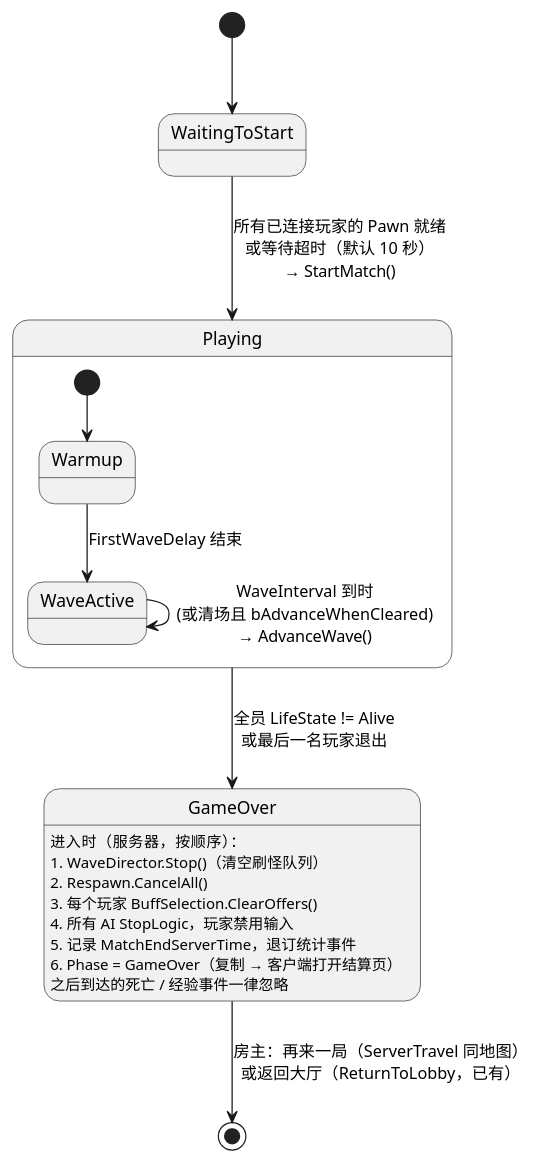
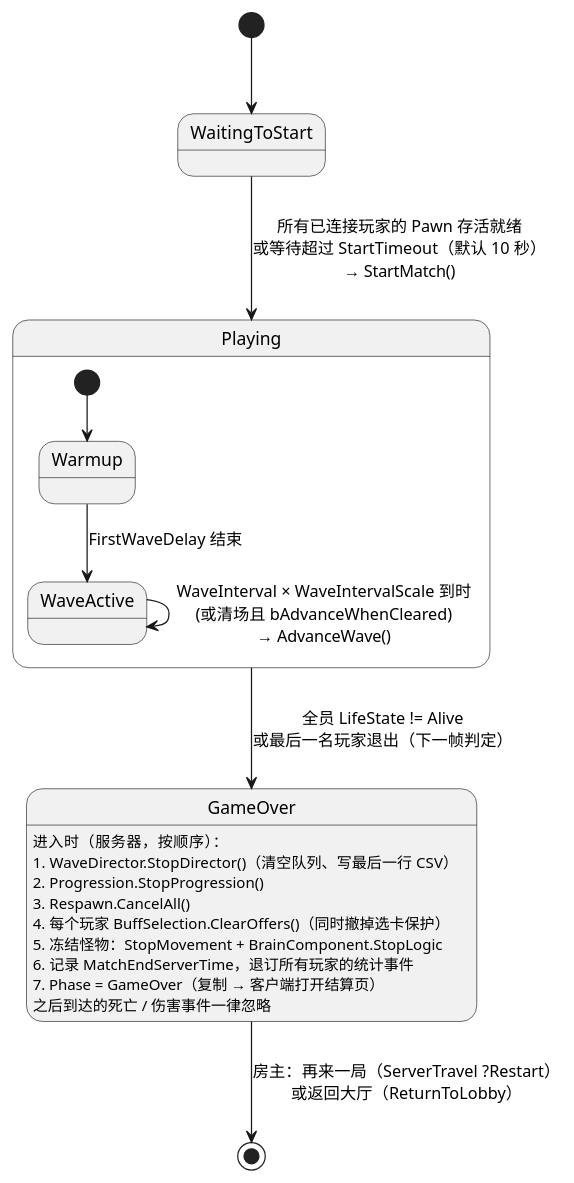
Before and after one commit to peng984251536/GAS_Demo: the fifth of 11 diagrams in Docs/SurvivalMode.zh-CN.md, drawn with PlantUML. The commit also changed other lines of this file and 141 other files, not shown here.

````diff
--- a/Docs/SurvivalMode.zh-CN.md
+++ b/Docs/SurvivalMode.zh-CN.md
@@ -503,28 +536,29 @@
 ```plantuml
 @startuml 对局阶段
 skinparam shadowing false
 skinparam defaultFontName "Microsoft YaHei"
 
 [*] --> WaitingToStart
-WaitingToStart --> Playing : 所有已连接玩家的 Pawn 就绪\n或等待超时（默认 10 秒）\n→ StartMatch()
-Playing --> GameOver : 全员 LifeState != Alive\n或最后一名玩家退出
-GameOver --> [*] : 房主：再来一局（ServerTravel 同地图）\n或返回大厅（ReturnToLobby，已有）
+WaitingToStart --> Playing : 所有已连接玩家的 Pawn 存活就绪\n或等待超过 StartTimeout（默认 10 秒）\n→ StartMatch()
+Playing --> GameOver : 全员 LifeState != Alive\n或最后一名玩家退出（下一帧判定）
+GameOver --> [*] : 房主：再来一局（ServerTravel ?Restart）\n或返回大厅（ReturnToLobby）
 
 state Playing {
   [*] --> Warmup
   Warmup --> WaveActive : FirstWaveDelay 结束
-  WaveActive --> WaveActive : WaveInterval 到时\n(或清场且 bAdvanceWhenCleared)\n→ AdvanceWave()
+  WaveActive --> WaveActive : WaveInterval × WaveIntervalScale 到时\n(或清场且 bAdvanceWhenCleared)\n→ AdvanceWave()
 }
 
 state GameOver {
   GameOver : 进入时（服务器，按顺序）：
-  GameOver : 1. WaveDirector.Stop()（清空刷怪队列）
-  GameOver : 2. Respawn.CancelAll()
-  GameOver : 3. 每个玩家 BuffSelection.ClearOffers()
-  GameOver : 4. 所有 AI StopLogic，玩家禁用输入
-  GameOver : 5. 记录 MatchEndServerTime，退订统计事件
-  GameOver : 6. Phase = GameOver（复制 → 客户端打开结算页）
-  GameOver : 之后到达的死亡 / 经验事件一律忽略
+  GameOver : 1. WaveDirector.StopDirector()（清空队列、写最后一行 CSV）
+  GameOver : 2. Progression.StopProgression()
+  GameOver : 3. Respawn.CancelAll()
+  GameOver : 4. 每个玩家 BuffSelection.ClearOffers()（同时撤掉选卡保护）
+  GameOver : 5. 冻结怪物：StopMovement + BrainComponent.StopLogic
+  GameOver : 6. 记录 MatchEndServerTime，退订所有玩家的统计事件
+  GameOver : 7. Phase = GameOver（复制 → 客户端打开结算页）
+  GameOver : 之后到达的死亡 / 伤害事件一律忽略
 }
 @enduml
 ```
````
